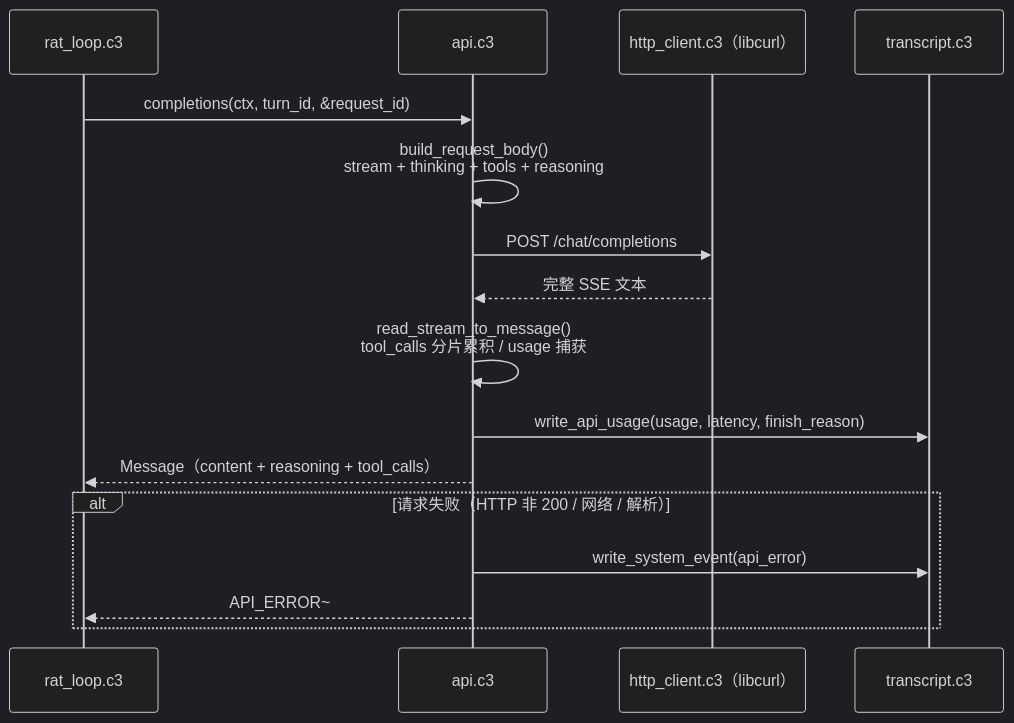
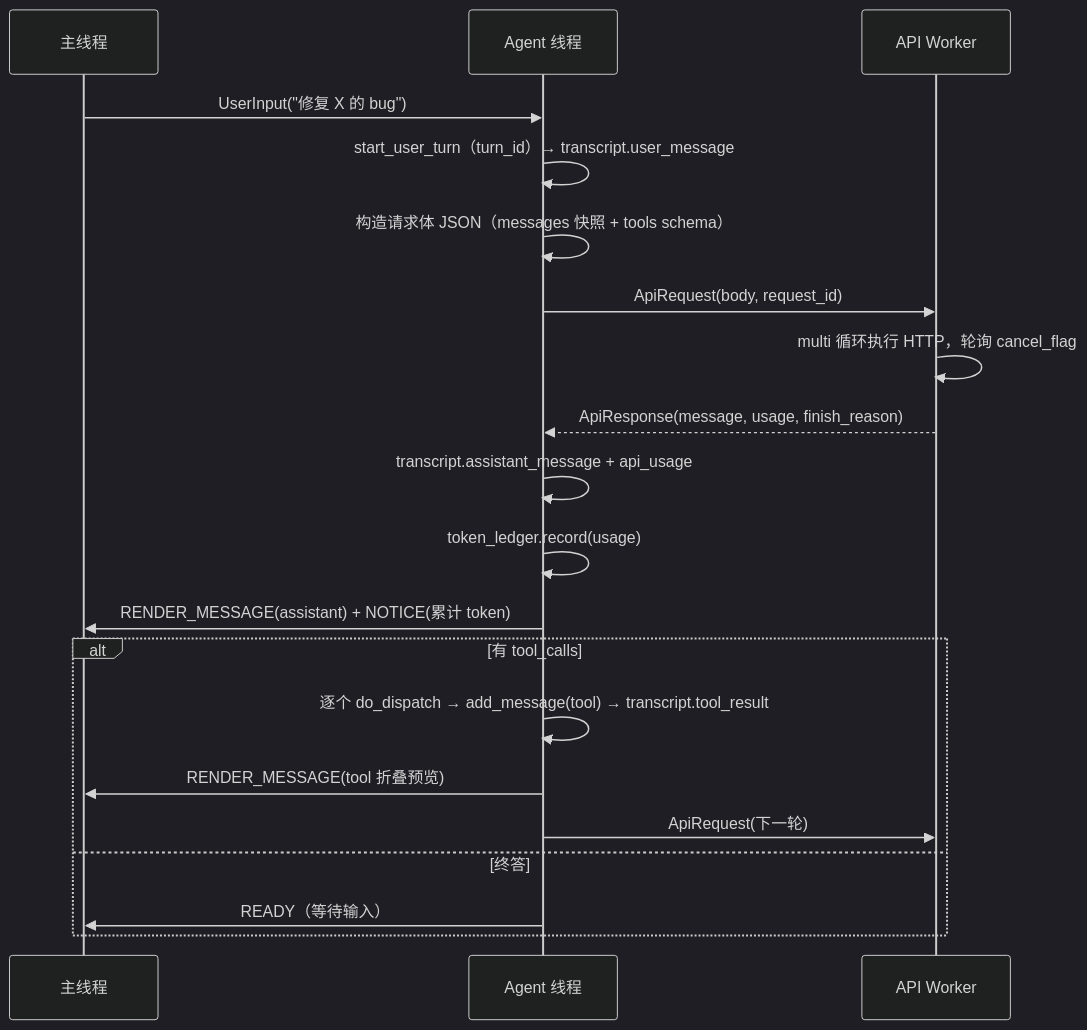
One commit to yuekcc/mini-pi changed the fifth of 7 diagrams in docs/arch.md. Above: the diagram before and after it, drawn with Mermaid (dark theme). The commit also changed other lines of this file, not shown here.

````diff
--- a/docs/arch.md
+++ b/docs/arch.md
@@ -192,19 +411,23 @@
 ```mermaid
 sequenceDiagram
-    participant rat as rat_loop.c3
-    participant api as api.c3
-    participant http as http_client.c3（libcurl）
-    participant trans as transcript.c3
+    participant UI as 主线程
+    participant AG as Agent 线程
+    participant AW as API Worker
 
-    rat->>api: completions(ctx, turn_id, &request_id)
-    api->>api: build_request_body()<br/>stream + thinking + tools + reasoning
-    api->>http: POST /chat/completions
-    http-->>api: 完整 SSE 文本
-    api->>api: read_stream_to_message()<br/>tool_calls 分片累积 / usage 捕获
-    api->>trans: write_api_usage(usage, latency, finish_reason)
-    api-->>rat: Message（content + reasoning + tool_calls）
-    alt 请求失败（HTTP 非 200 / 网络 / 解析）
-        api->>trans: write_system_event(api_error)
-        api-->>rat: API_ERROR~
+    UI->>AG: UserInput("修复 X 的 bug")
+    AG->>AG: start_user_turn（turn_id）→ transcript.user_message
+    AG->>AG: 构造请求体 JSON（messages 快照 + tools schema）
+    AG->>AW: ApiRequest(body, request_id)
+    AW->>AW: multi 循环执行 HTTP，轮询 cancel_flag
+    AW-->>AG: ApiResponse(message, usage, finish_reason)
+    AG->>AG: transcript.assistant_message + api_usage
+    AG->>AG: token_ledger.record(usage)
+    AG->>UI: RENDER_MESSAGE(assistant) + NOTICE(累计 token)
+    alt 有 tool_calls
+        AG->>AG: 逐个 do_dispatch → add_message(tool) → transcript.tool_result
+        AG->>UI: RENDER_MESSAGE(tool 折叠预览)
+        AG->>AW: ApiRequest(下一轮)
+    else 终答
+        AG->>UI: READY（等待输入）
     end
 ```
````
